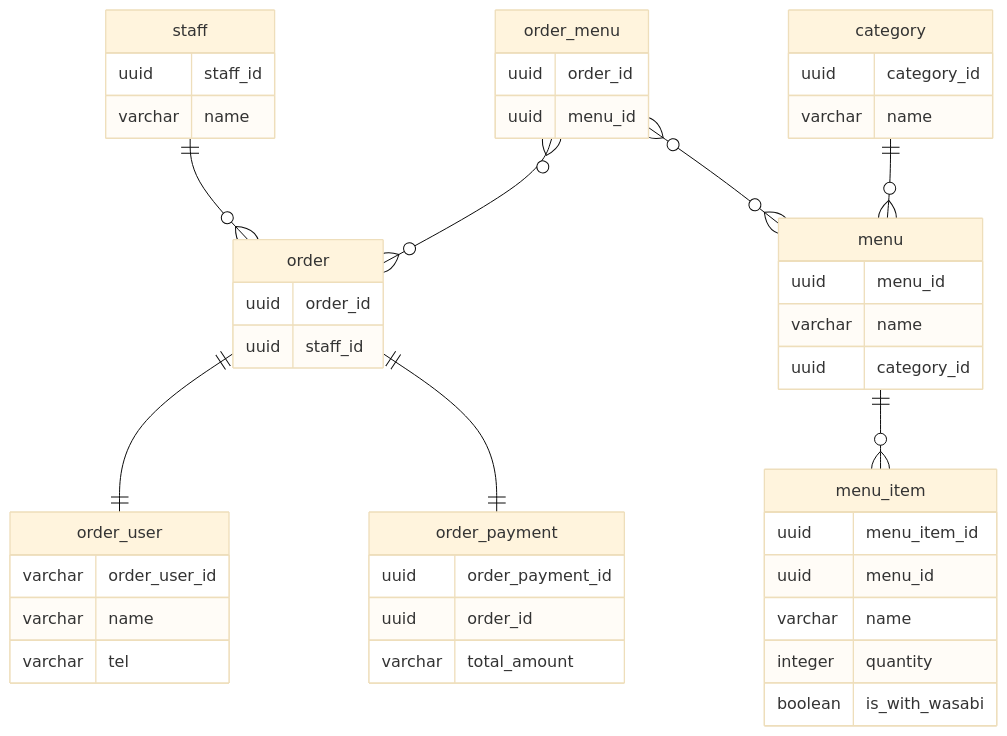
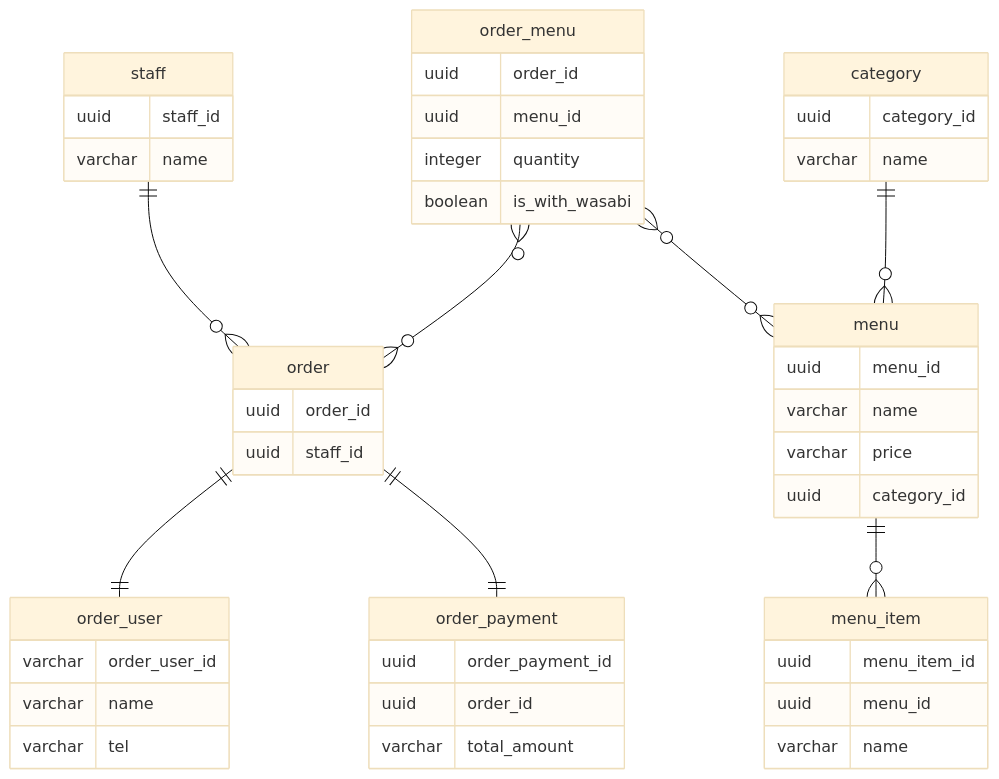
The first of 4 diagrams in re: db-modeling/README.md (nyuusen/praha-challenge), drawn with Mermaid (base theme) before and after one commit.

Commit message:
DBモデリング1で注文詳細テーブルを修正

````diff
--- a/re: db-modeling/README.md
+++ b/re: db-modeling/README.md
@@ -6,57 +6,58 @@
 ```mermaid
 erDiagram
 staff ||--o{ order: ""
 order ||--|| order_user: ""
 order ||--|| order_payment: ""
 order_menu }o--o{ order: ""
 order_menu }o--o{ menu: ""
 menu ||--o{ menu_item: ""
 category ||--o{ menu: ""
 
 order {
     uuid order_id
     uuid staff_id
 }
 
 staff {
     uuid staff_id
     varchar name
 }
 
 order_user {
     varchar order_user_id
     varchar name
     varchar tel
 }
 
 order_payment {
     uuid order_payment_id
     uuid order_id
     varchar total_amount
 }
 
 order_menu {
     uuid order_id
     uuid menu_id
+    integer quantity
+    boolean is_with_wasabi
 }
 
 menu {
   uuid menu_id
   varchar name
+  varchar price
   uuid category_id
 }
 
 menu_item {
   uuid menu_item_id
   uuid menu_id
   varchar name
-  integer quantity
-  boolean is_with_wasabi
 }
 
 category {
   uuid category_id
   varchar name
 }
 
 ```
````
